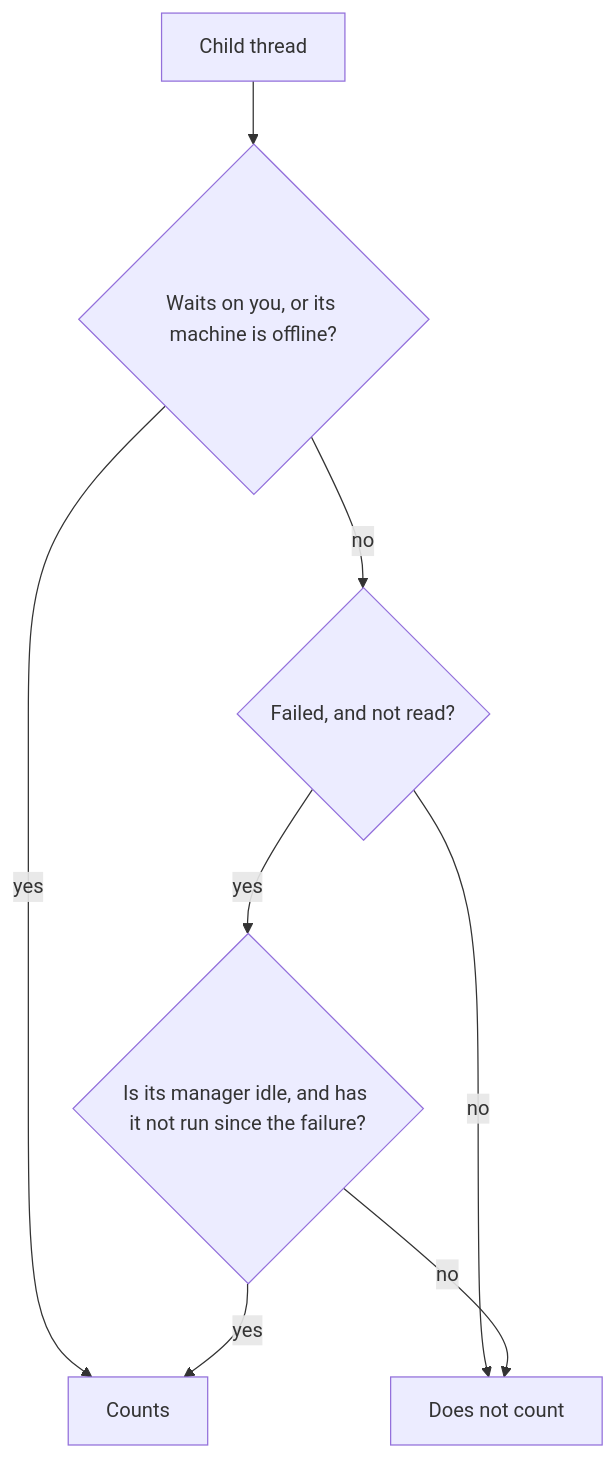
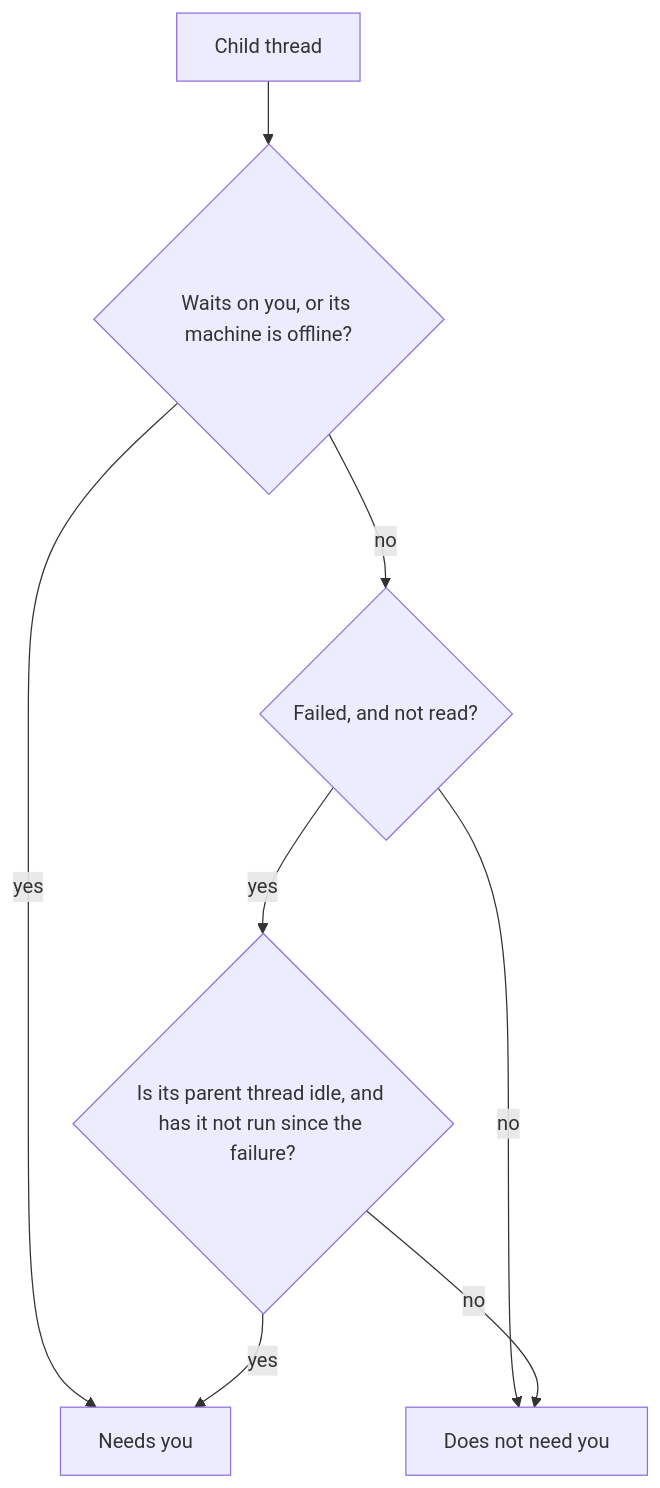
One commit to gperezmz/bb-plugins changed the first of 2 diagrams in docs/explanation/thread-glance-attention.md. Above: the diagram before and after it, drawn with Mermaid. The commit also changed other lines of this file and 51 other files, not shown here.

First line of the commit message:
feat(thread-glance)!: replace the Needs attention filter with a Needs you section (#28)

````diff
--- a/docs/explanation/thread-glance-attention.md
+++ b/docs/explanation/thread-glance-attention.md
@@ -21,10 +21,10 @@
 ```mermaid
 flowchart TD
   child["Child thread"] --> asks{"Waits on you, or its machine is offline?"}
-  asks -->|yes| counts["Counts"]
+  asks -->|yes| counts["Needs you"]
   asks -->|no| failed{"Failed, and not read?"}
-  failed -->|no| not["Does not count"]
-  failed -->|yes| idle{"Is its manager idle, and has it not run since the failure?"}
+  failed -->|no| not["Does not need you"]
+  failed -->|yes| idle{"Is its parent thread idle, and has it not run since the failure?"}
   idle -->|yes| counts
   idle -->|no| not
 ```
````
